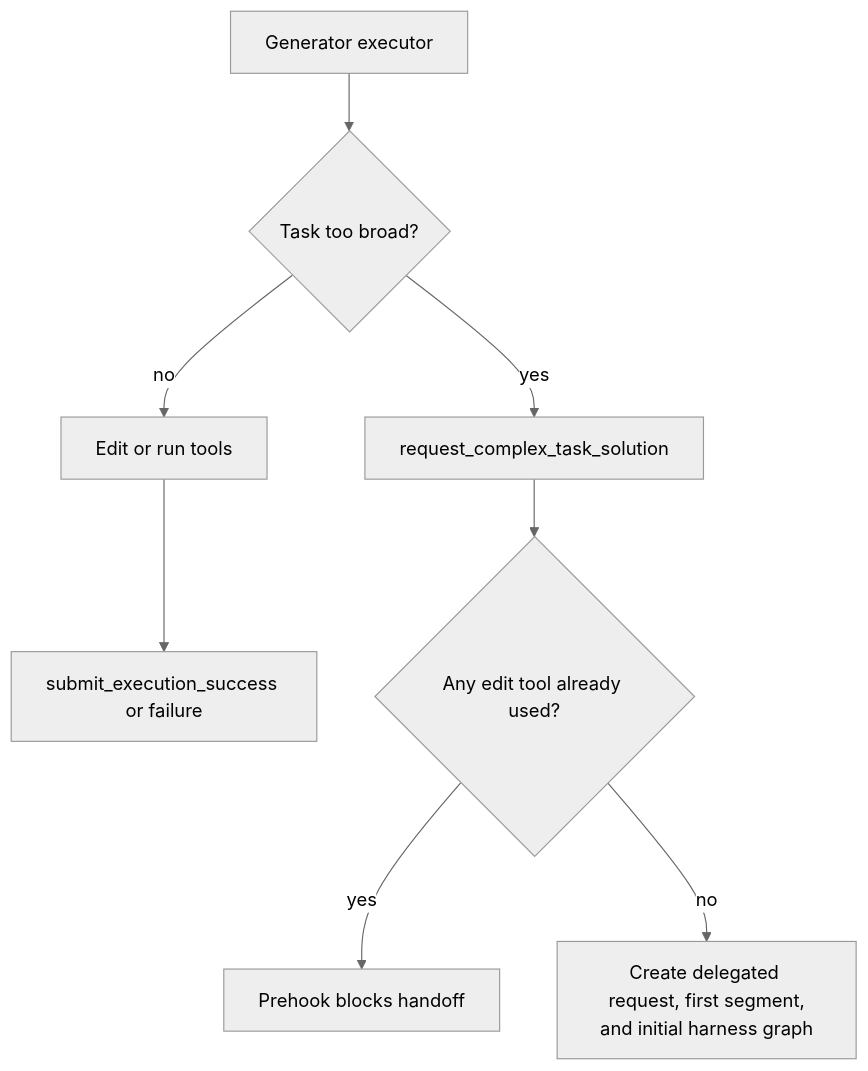
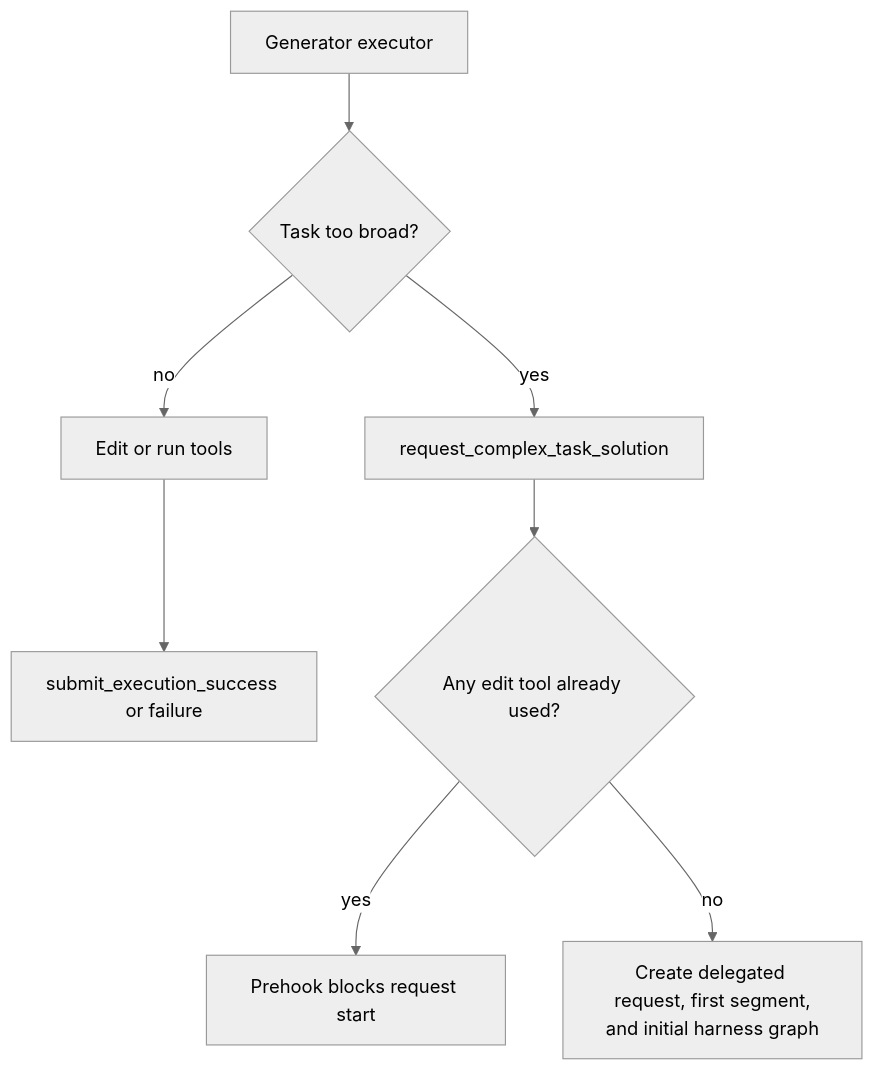
The third of 5 diagrams in docs/architecture/task-center-harness-migration/phase-03-implementation-plan.md (Ephemeral-AI-Lab/ephemeral-os), drawn with Mermaid (neutral theme) before and after one commit. The commit also changed other lines of this file and 12 other files, not shown here.

Commit message:
docs: update task center harness migration plan

````diff
--- a/docs/architecture/task-center-harness-migration/phase-03-implementation-plan.md
+++ b/docs/architecture/task-center-harness-migration/phase-03-implementation-plan.md
@@ -157,10 +157,10 @@
 ```mermaid
 flowchart TD
     Executor["Generator executor"] --> Choice{"Task too broad?"}
     Choice -->|"no"| Normal["Edit or run tools"]
     Normal --> Terminal["submit_execution_success or failure"]
-    Choice -->|"yes"| Handoff["request_complex_task_solution"]
-    Handoff --> Edited{"Any edit tool already used?"}
-    Edited -->|"yes"| Block["Prehook blocks handoff"]
-    Edited -->|"no"| HandoffRuntime["Create delegated request, first segment,<br/>and initial harness graph"]
+    Choice -->|"yes"| RequestStart["request_complex_task_solution"]
+    RequestStart --> Edited{"Any edit tool already used?"}
+    Edited -->|"yes"| Block["Prehook blocks request start"]
+    Edited -->|"no"| RuntimeStart["Create delegated request, first segment,<br/>and initial harness graph"]
 ```
````
